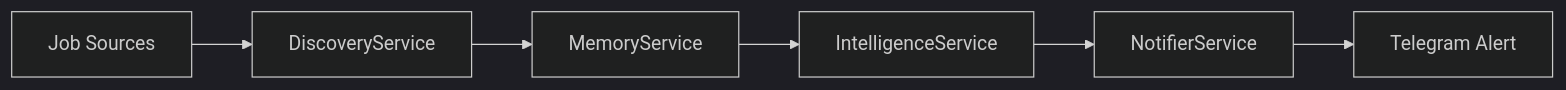
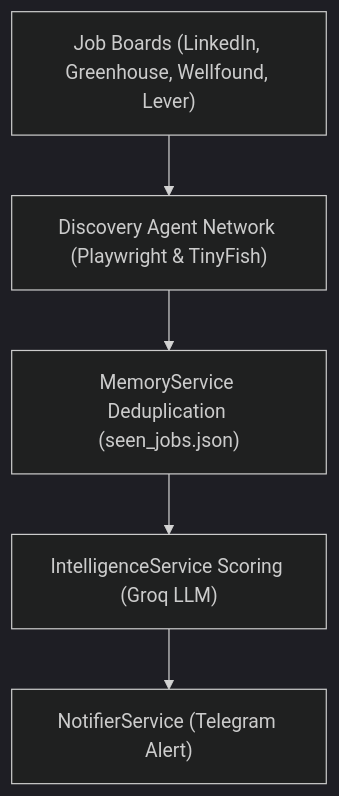
The diagram in wiki/overview.md (supersparton/CareerAtlas), drawn with Mermaid (dark theme) before and after one commit. The commit also changed other lines of this file and 16 other files, not shown here.

````diff
--- a/wiki/overview.md
+++ b/wiki/overview.md
@@ -36,8 +39,7 @@
 ```mermaid
-flowchart LR
-    A[Job Sources] --> B[DiscoveryService]
-    B --> C[MemoryService]
-    C --> D[IntelligenceService]
-    D --> E[NotifierService]
-    E --> F[Telegram Alert]
+flowchart TD
+    A["Job Boards (LinkedIn, Greenhouse, Wellfound, Lever)"] --> B["Discovery Agent Network (Playwright & TinyFish)"]
+    B --> C["MemoryService Deduplication (seen_jobs.json)"]
+    C --> D["IntelligenceService Scoring (Groq LLM)"]
+    D --> E["NotifierService (Telegram Alert)"]
 ```
````
